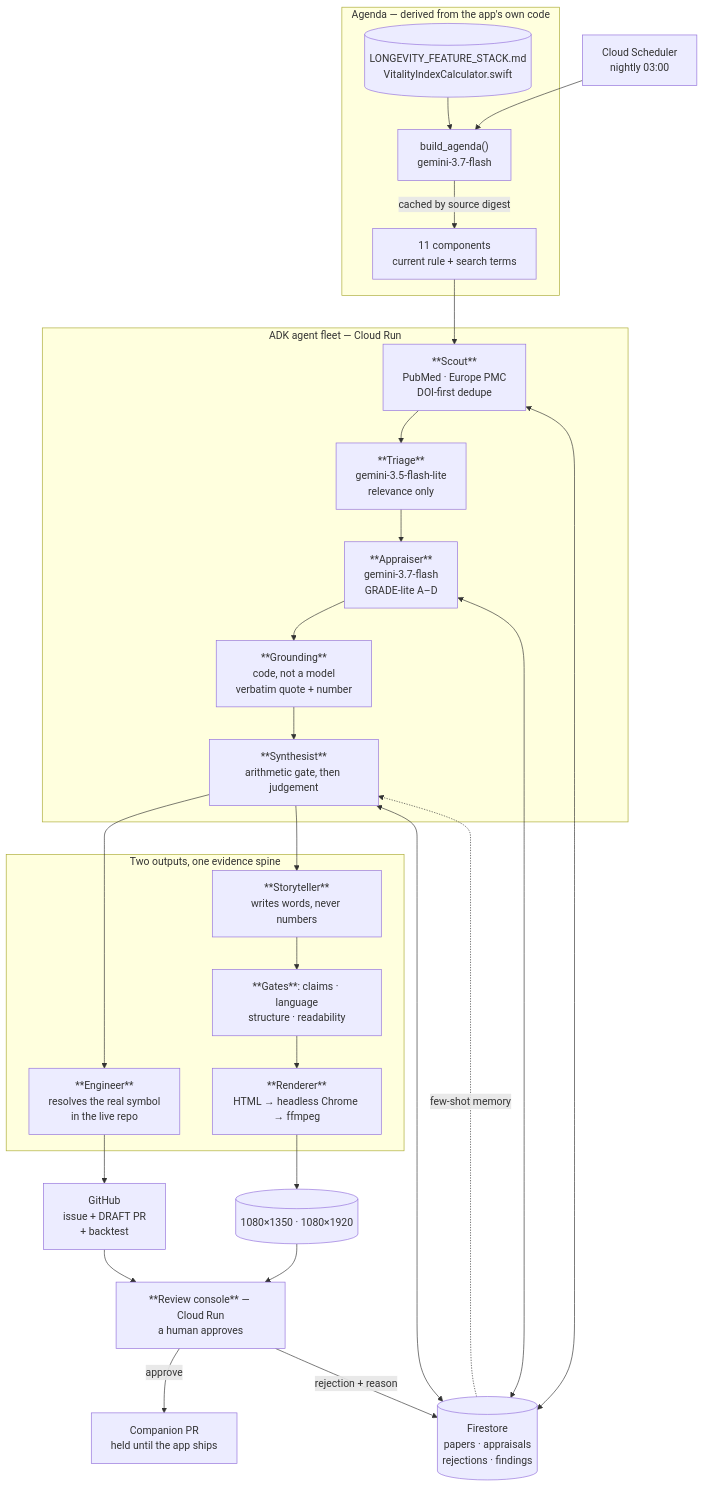
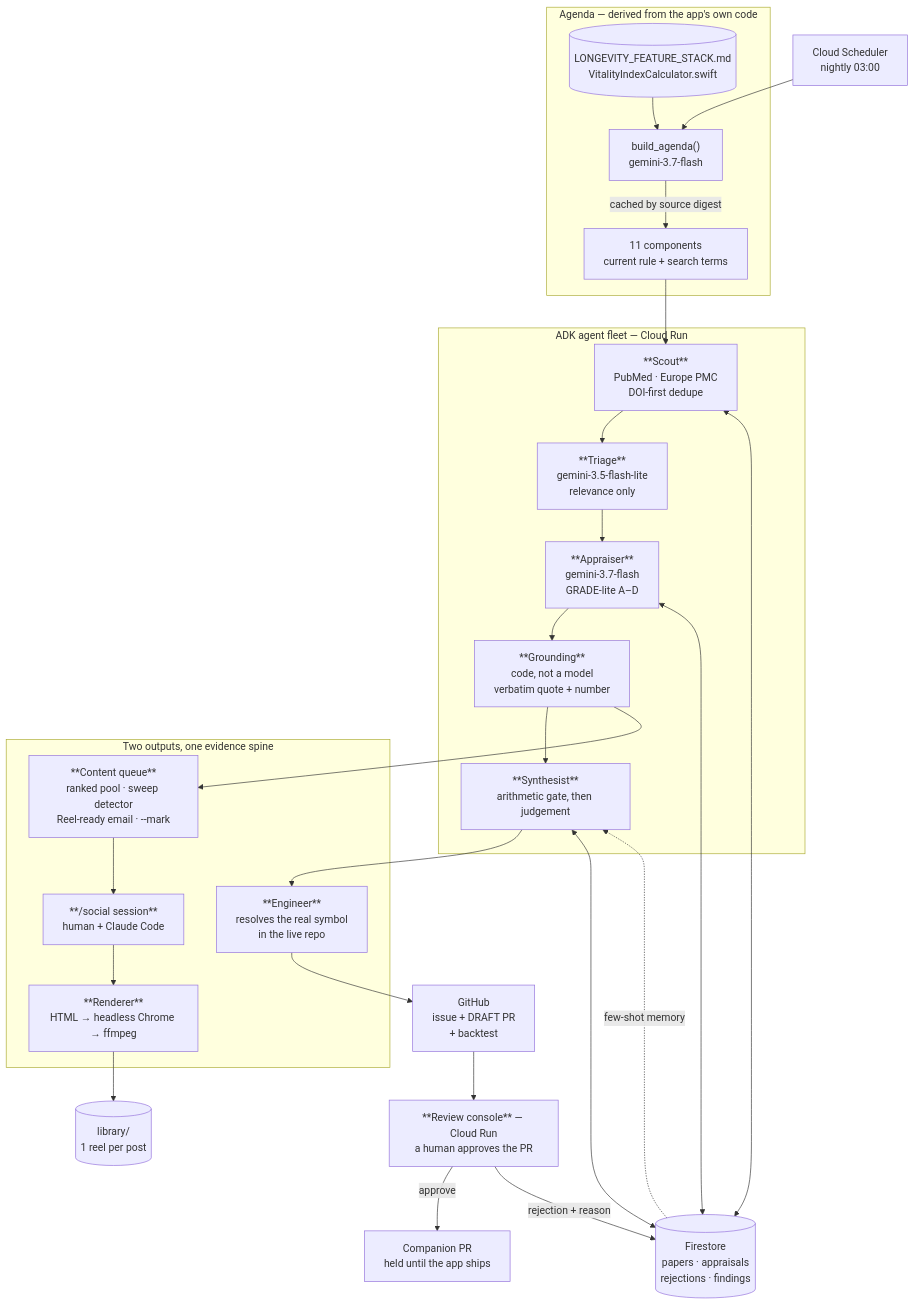
Before and after one commit to m1insights/provenance: the diagram in docs/architecture.md, drawn with Mermaid. The commit also changed other lines of this file and 15 other files, not shown here.

````diff
--- a/docs/architecture.md
+++ b/docs/architecture.md
@@ -14,48 +14,47 @@
 ```mermaid
 flowchart TB
     SCHED["Cloud Scheduler<br/>nightly 03:00"] --> AGENDA
 
     subgraph DERIVE["Agenda — derived from the app's own code"]
         AGENDA["build_agenda()<br/>gemini-3.7-flash"]
         SRC[("LONGEVITY_FEATURE_STACK.md<br/>VitalityIndexCalculator.swift")]
         SRC --> AGENDA
         AGENDA -->|"cached by source digest"| ITEMS["11 components<br/>current rule + search terms"]
     end
 
     ITEMS --> SCOUT
 
     subgraph FLEET["ADK agent fleet — Cloud Run"]
         SCOUT["**Scout**<br/>PubMed · Europe PMC<br/>DOI-first dedupe"]
         TRIAGE["**Triage**<br/>gemini-3.5-flash-lite<br/>relevance only"]
         APPRAISE["**Appraiser**<br/>gemini-3.7-flash<br/>GRADE-lite A–D"]
         GROUND["**Grounding**<br/>code, not a model<br/>verbatim quote + number"]
         SYNTH["**Synthesist**<br/>arithmetic gate, then judgement"]
         SCOUT --> TRIAGE --> APPRAISE --> GROUND --> SYNTH
     end
 
     SYNTH --> ENG
-    SYNTH --> STORY
+    GROUND --> CONTENT
 
     subgraph OUT["Two outputs, one evidence spine"]
         ENG["**Engineer**<br/>resolves the real symbol<br/>in the live repo"]
-        STORY["**Storyteller**<br/>writes words, never numbers"]
-        GATES["**Gates**: claims · language<br/>structure · readability"]
+        CONTENT["**Content queue**<br/>ranked pool · sweep detector<br/>Reel-ready email · --mark"]
+        SOCIAL["**/social session**<br/>human + Claude Code"]
         RENDER["**Renderer**<br/>HTML → headless Chrome → ffmpeg"]
-        STORY --> GATES --> RENDER
+        CONTENT --> SOCIAL --> RENDER
     end
 
     ENG --> GH["GitHub<br/>issue + DRAFT PR<br/>+ backtest"]
-    RENDER --> CREATIVES[("1080×1350 · 1080×1920")]
+    RENDER --> LIBRARY[("library/<br/>1 reel per post")]
 
     GH --> CONSOLE
-    CREATIVES --> CONSOLE
-    CONSOLE["**Review console** — Cloud Run<br/>a human approves"]
+    CONSOLE["**Review console** — Cloud Run<br/>a human approves the PR"]
     CONSOLE -->|"approve"| COMPANION["Companion PR<br/>held until the app ships"]
     CONSOLE -->|"rejection + reason"| FS
 
     FS[("Firestore<br/>papers · appraisals<br/>rejections · findings")]
     SCOUT <--> FS
     APPRAISE <--> FS
     SYNTH <--> FS
     FS -.->|"few-shot memory"| SYNTH
 ```
````
